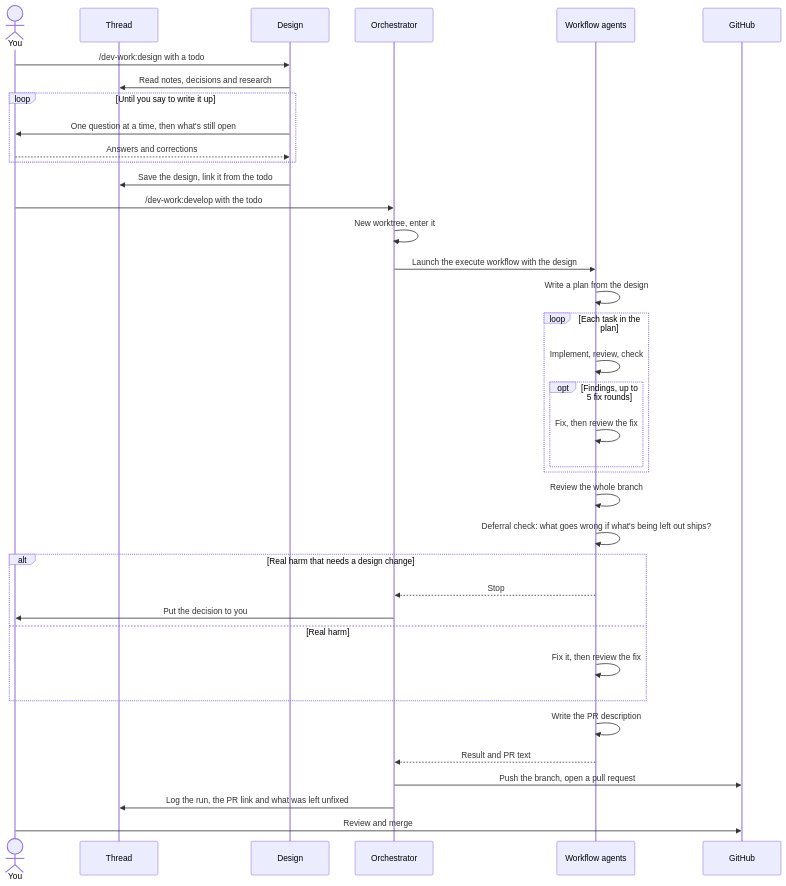
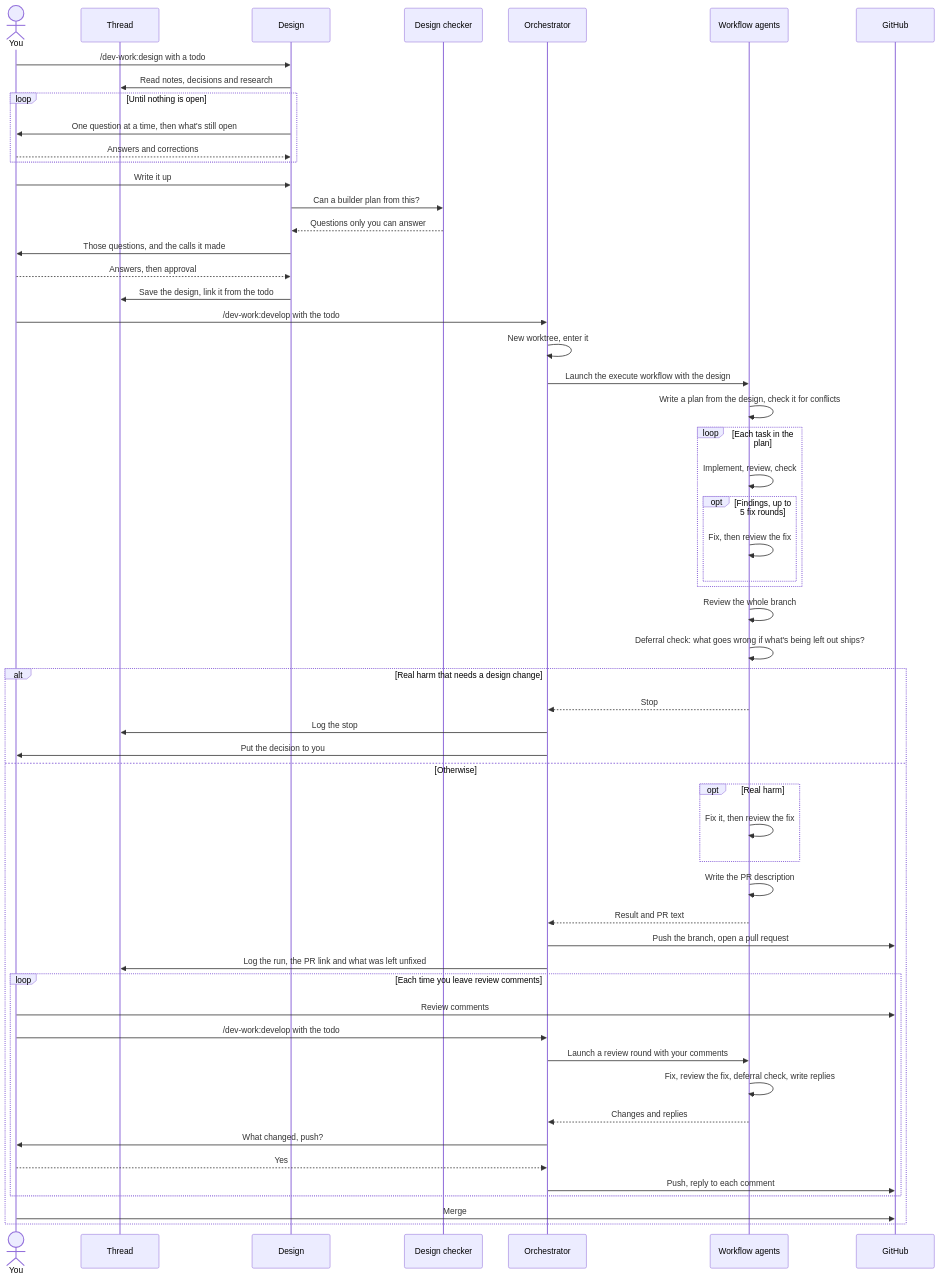
One commit to sebmartin/dev-work changed the diagram in README.md. Above: the diagram before and after it, drawn with Mermaid.

Commit message:
README diagram: show the design check and review rounds, and that a stop ends the run without a PR

````diff
--- a/README.md
+++ b/README.md
@@ -14,41 +14,60 @@
 ```mermaid
 sequenceDiagram
     actor You
     participant T as Thread
     participant D as Design
+    participant C as Design checker
     participant O as Orchestrator
     participant W as Workflow agents
     participant G as GitHub
 
     You->>D: /dev-work:design with a todo
     D->>T: Read notes, decisions and research
-    loop Until you say to write it up
+    loop Until nothing is open
         D->>You: One question at a time, then what's still open
         You-->>D: Answers and corrections
     end
+    You->>D: Write it up
+    D->>C: Can a builder plan from this?
+    C-->>D: Questions only you can answer
+    D->>You: Those questions, and the calls it made
+    You-->>D: Answers, then approval
     D->>T: Save the design, link it from the todo
 
     You->>O: /dev-work:develop with the todo
     O->>O: New worktree, enter it
     O->>W: Launch the execute workflow with the design
-    W->>W: Write a plan from the design
+    W->>W: Write a plan from the design, check it for conflicts
     loop Each task in the plan
         W->>W: Implement, review, check
         opt Findings, up to 5 fix rounds
             W->>W: Fix, then review the fix
         end
     end
     W->>W: Review the whole branch
     W->>W: Deferral check: what goes wrong if what's being left out ships?
     alt Real harm that needs a design change
         W-->>O: Stop
+        O->>T: Log the stop
         O->>You: Put the decision to you
-    else Real harm
-        W->>W: Fix it, then review the fix
+    else Otherwise
+        opt Real harm
+            W->>W: Fix it, then review the fix
+        end
+        W->>W: Write the PR description
+        W-->>O: Result and PR text
+        O->>G: Push the branch, open a pull request
+        O->>T: Log the run, the PR link and what was left unfixed
+        loop Each time you leave review comments
+            You->>G: Review comments
+            You->>O: /dev-work:develop with the todo
+            O->>W: Launch a review round with your comments
+            W->>W: Fix, review the fix, deferral check, write replies
+            W-->>O: Changes and replies
+            O->>You: What changed, push?
+            You-->>O: Yes
+            O->>G: Push, reply to each comment
+        end
+        You->>G: Merge
     end
-    W->>W: Write the PR description
-    W-->>O: Result and PR text
-    O->>G: Push the branch, open a pull request
-    O->>T: Log the run, the PR link and what was left unfixed
-    You->>G: Review and merge
 ```
````
